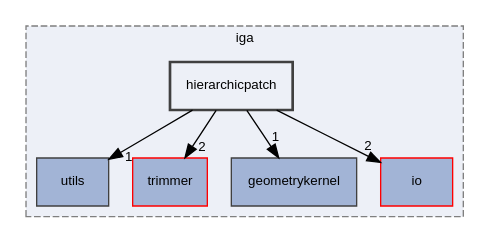
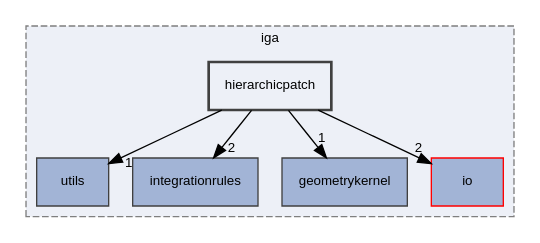
Before and after one commit to rath3t/dune-iga-doc: the diagram in dir_12fc9e68aad46ae2d80ba50ef1c96d76_dep.dot, drawn with Graphviz. The commit also changed 1721 other files, not shown here.

```diff
--- a/dir_12fc9e68aad46ae2d80ba50ef1c96d76_dep.dot
+++ b/dir_12fc9e68aad46ae2d80ba50ef1c96d76_dep.dot
@@ -1,19 +1,19 @@
 digraph "hierarchicpatch"
 {
  // LATEX_PDF_SIZE
   edge [fontname="Helvetica",fontsize="10",labelfontname="Helvetica",labelfontsize="10"];
   node [fontname="Helvetica",fontsize="10",shape=record];
   compound=true
   subgraph clusterdir_d2a3c23294a1b1015b1b8e8721ddded8 {
     graph [ bgcolor="#edf0f7", pencolor="grey50", style="filled,dashed,", label="iga", fontname="Helvetica", fontsize="10", URL="dir_d2a3c23294a1b1015b1b8e8721ddded8.html"]
   dir_054fedf05f142c88b967e78541d2ed3d [shape=box, label="utils", style="filled,", fillcolor="#a2b4d6", color="grey25", URL="dir_054fedf05f142c88b967e78541d2ed3d.html"];
-  dir_7d0c370ab440c4b4f78419bfc8c93eb8 [shape=box, label="trimmer", style="filled,", fillcolor="#a2b4d6", color="red", URL="dir_7d0c370ab440c4b4f78419bfc8c93eb8.html"];
+  dir_42a2323245b29c7157765c1a0813ddf2 [shape=box, label="integrationrules", style="filled,", fillcolor="#a2b4d6", color="grey25", URL="dir_42a2323245b29c7157765c1a0813ddf2.html"];
   dir_98571e7345f7327fea7723ec1a12d870 [shape=box, label="geometrykernel", style="filled,", fillcolor="#a2b4d6", color="grey25", URL="dir_98571e7345f7327fea7723ec1a12d870.html"];
   dir_c3ccff8517fbe337b2b8ad503c3a1590 [shape=box, label="io", style="filled,", fillcolor="#a2b4d6", color="red", URL="dir_c3ccff8517fbe337b2b8ad503c3a1590.html"];
   dir_12fc9e68aad46ae2d80ba50ef1c96d76 [shape=box, label="hierarchicpatch", style="filled,bold,", fillcolor="#edf0f7", color="grey25", URL="dir_12fc9e68aad46ae2d80ba50ef1c96d76.html"];
   }
   dir_12fc9e68aad46ae2d80ba50ef1c96d76->dir_054fedf05f142c88b967e78541d2ed3d [headlabel="1", labeldistance=1.5 headhref="dir_000007_000019.html"];
-  dir_12fc9e68aad46ae2d80ba50ef1c96d76->dir_7d0c370ab440c4b4f78419bfc8c93eb8 [headlabel="2", labeldistance=1.5 headhref="dir_000007_000017.html"];
+  dir_12fc9e68aad46ae2d80ba50ef1c96d76->dir_42a2323245b29c7157765c1a0813ddf2 [headlabel="2", labeldistance=1.5 headhref="dir_000007_000012.html"];
   dir_12fc9e68aad46ae2d80ba50ef1c96d76->dir_98571e7345f7327fea7723ec1a12d870 [headlabel="1", labeldistance=1.5 headhref="dir_000007_000006.html"];
   dir_12fc9e68aad46ae2d80ba50ef1c96d76->dir_c3ccff8517fbe337b2b8ad503c3a1590 [headlabel="2", labeldistance=1.5 headhref="dir_000007_000013.html"];
 }
```
